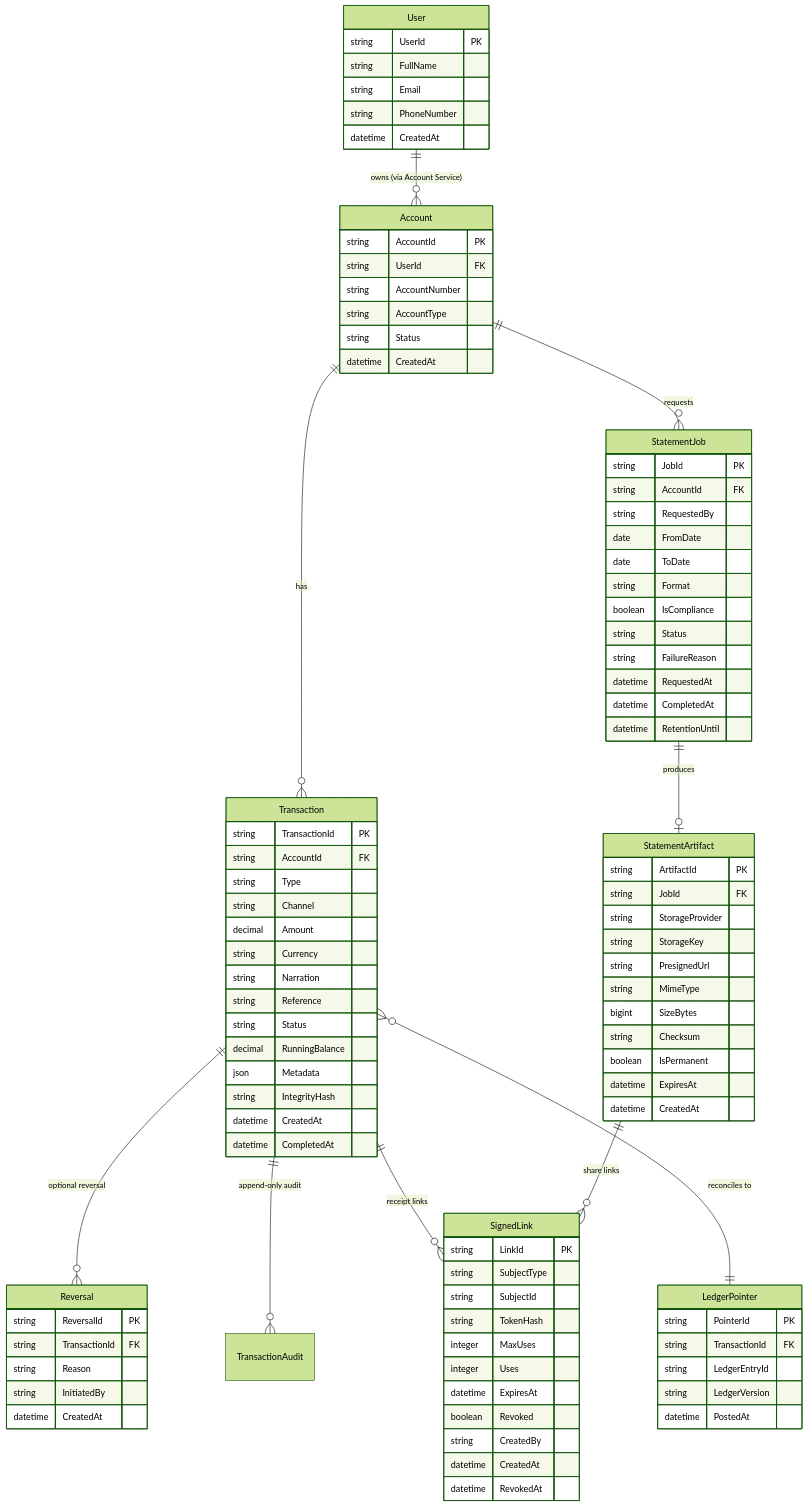
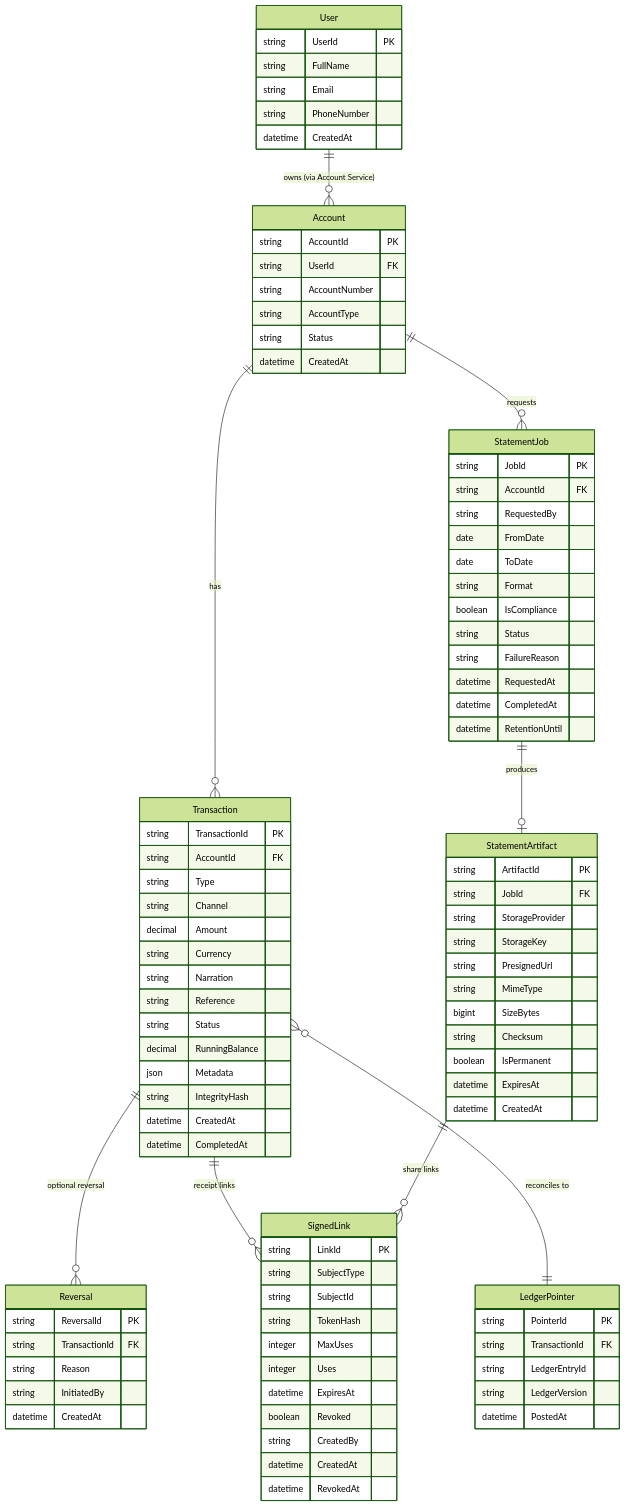
One commit to tonyolori/transaction-service changed the diagram in docs/erd.md. Above: the diagram before and after it, drawn with Mermaid (forest theme). The commit also changed 3 other files, not shown here.

Commit message:
fix(docs): fix mermaid diagram for erd and system design

```diff
--- a/docs/erd.md
+++ b/docs/erd.md
@@ -17,7 +17,6 @@
     %% Core domain
     Account ||--o{ Transaction : "has"
     Transaction ||--o{ Reversal : "optional reversal"
-    Transaction ||--o{ TransactionAudit : "append-only audit"
     Transaction ||--o{ SignedLink : "receipt links"
 
     %% Statements
```
